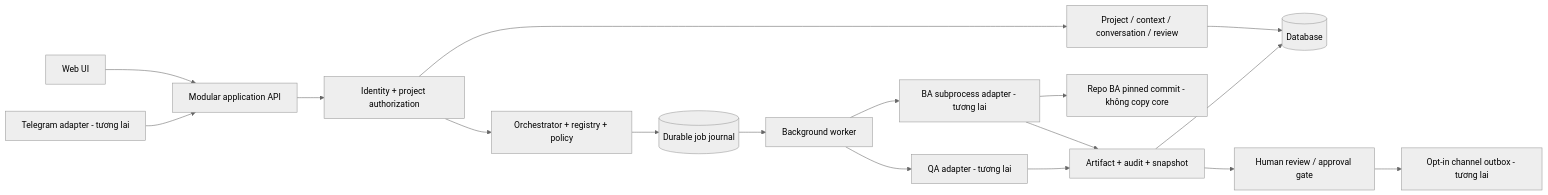
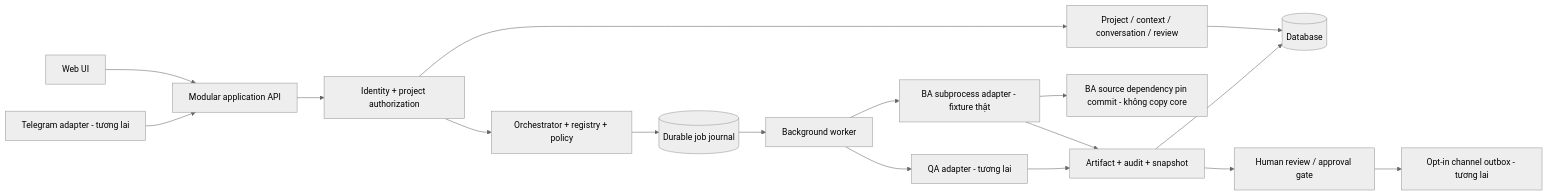
Before and after one commit to khannitran-coder/Multi-agent-platform: the first of 3 diagrams in docs/ARCHITECTURE.md, drawn with Mermaid (neutral theme). The commit also changed other lines of this file and 25 other files, not shown here.

Commit message:
Integrate pinned BA fixture harness with verified artifact import and review

````diff
--- a/docs/ARCHITECTURE.md
+++ b/docs/ARCHITECTURE.md
@@ -9,19 +9,19 @@
 ```mermaid
 flowchart LR
     W[Web UI] --> API
     T[Telegram adapter - tương lai] --> API
     API[Modular application API] --> AUTH[Identity + project authorization]
     AUTH --> S[Project / context / conversation / review]
     AUTH --> O[Orchestrator + registry + policy]
     O --> Q[(Durable job journal)]
     Q --> WK[Background worker]
-    WK --> BA[BA subprocess adapter - tương lai]
+    WK --> BA[BA subprocess adapter - fixture thật]
     WK --> QA[QA adapter - tương lai]
-    BA --> BR[Repo BA pinned commit - không copy core]
+    BA --> BR[BA source dependency pin commit - không copy core]
     QA --> R[Artifact + audit + snapshot]
     BA --> R
     S --> DB[(Database)]
     R --> DB
     R --> HG[Human review / approval gate]
     HG --> OUT[Opt-in channel outbox - tương lai]
 ```
````
